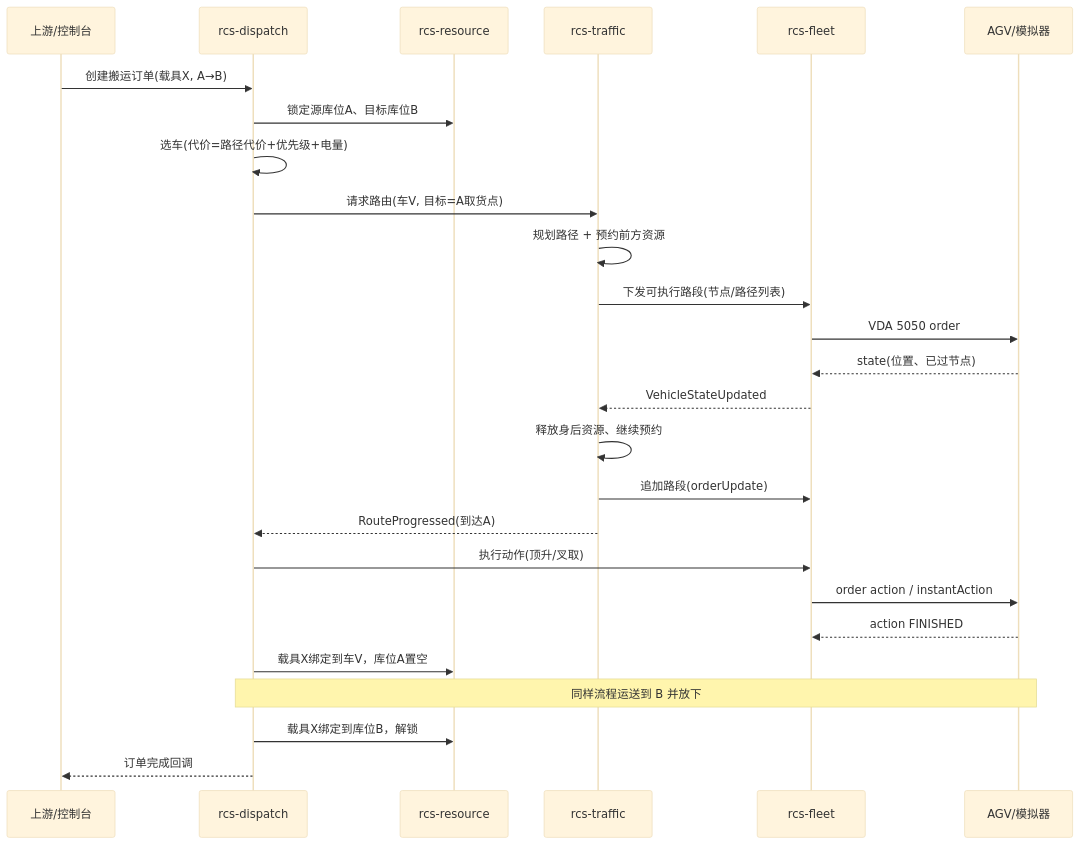
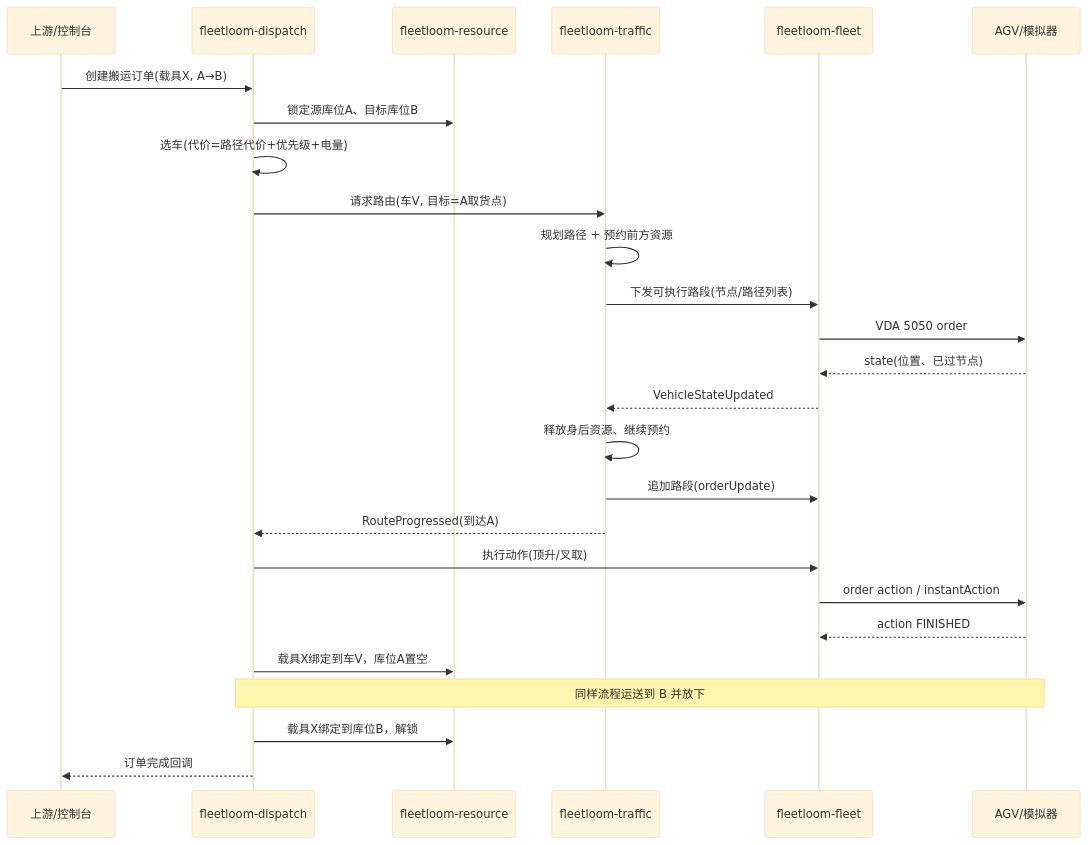
The second of 3 diagrams in docs/requirements.md (ksshen0000/Fleetloom), drawn with Mermaid (base theme) before and after one commit. The commit also changed other lines of this file and 1032 other files, not shown here.

````diff
--- a/docs/requirements.md
+++ b/docs/requirements.md
@@ -143,29 +143,29 @@
 ```mermaid
 sequenceDiagram
     participant U as 上游/控制台
-    participant D as rcs-dispatch
-    participant R as rcs-resource
-    participant T as rcs-traffic
-    participant F as rcs-fleet
+    participant D as fleetloom-dispatch
+    participant R as fleetloom-resource
+    participant T as fleetloom-traffic
+    participant F as fleetloom-fleet
     participant V as AGV/模拟器
 
     U->>D: 创建搬运订单(载具X, A→B)
     D->>R: 锁定源库位A、目标库位B
     D->>D: 选车(代价=路径代价+优先级+电量)
     D->>T: 请求路由(车V, 目标=A取货点)
     T->>T: 规划路径 + 预约前方资源
     T->>F: 下发可执行路段(节点/路径列表)
     F->>V: VDA 5050 order
     V-->>F: state(位置、已过节点)
     F-->>T: VehicleStateUpdated
     T->>T: 释放身后资源、继续预约
     T->>F: 追加路段(orderUpdate)
     T-->>D: RouteProgressed(到达A)
     D->>F: 执行动作(顶升/叉取)
     F->>V: order action / instantAction
     V-->>F: action FINISHED
     D->>R: 载具X绑定到车V，库位A置空
     Note over D,V: 同样流程运送到 B 并放下
     D->>R: 载具X绑定到库位B，解锁
     D-->>U: 订单完成回调
 ```
````
